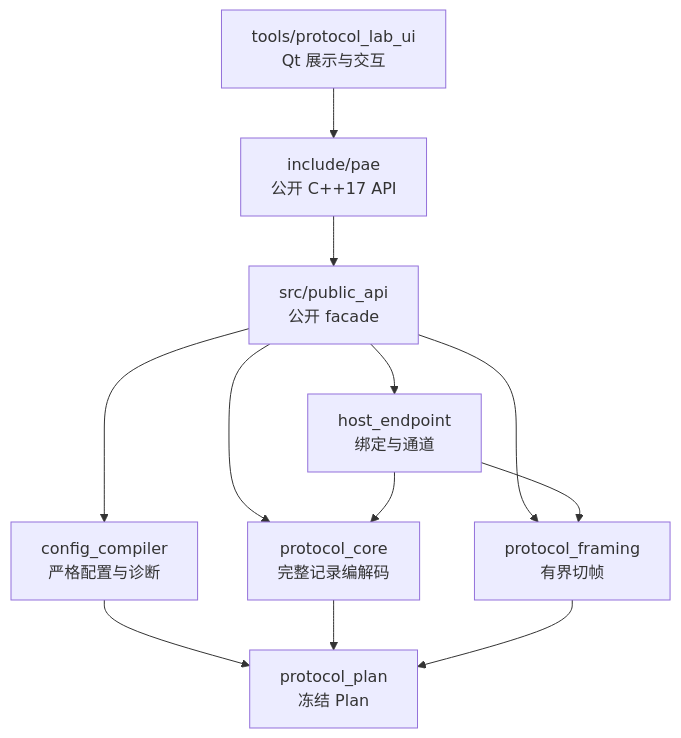
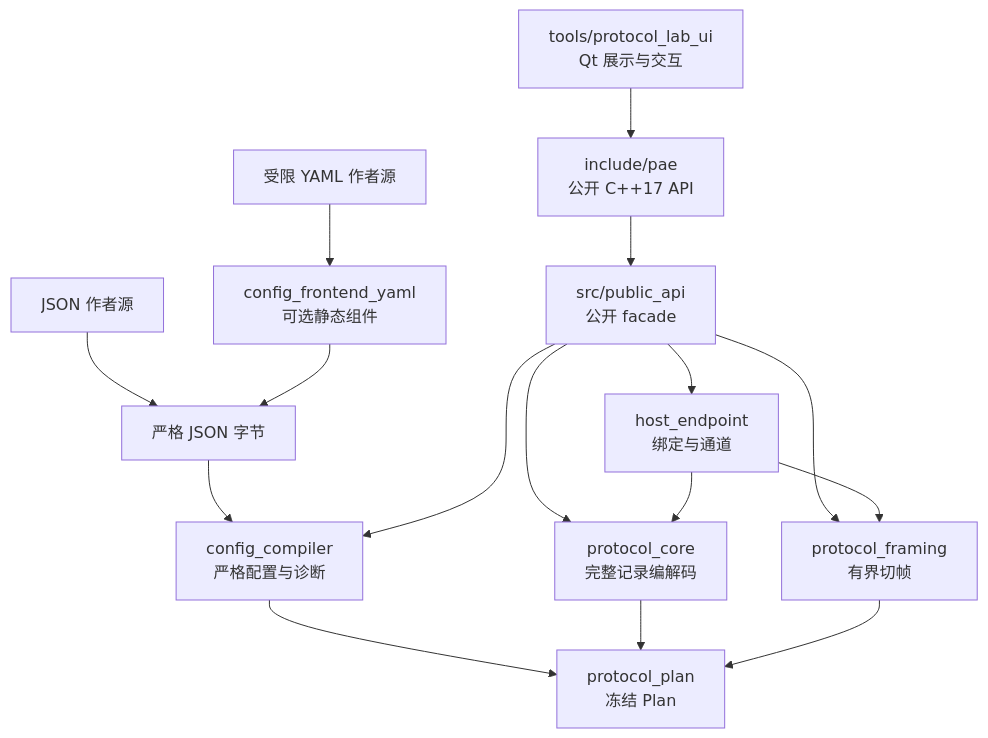
Before and after one commit to shaohaichongji/protocol_adapter_engine: the diagram in docs/guides/05-架构与代码阅读.md, drawn with Mermaid. The commit also changed other lines of this file and 13 other files, not shown here.

````diff
--- a/docs/guides/05-架构与代码阅读.md
+++ b/docs/guides/05-架构与代码阅读.md
@@ -25,14 +25,18 @@
 ```mermaid
 flowchart TD
+    Author["JSON 作者源"] --> StrictJson["严格 JSON 字节"]
+    YamlAuthor["受限 YAML 作者源"] --> YamlFrontend["config_frontend_yaml<br/>可选静态组件"]
+    YamlFrontend --> StrictJson
+    StrictJson --> Compiler
     Public["include/pae<br/>公开 C++17 API"] --> Facade["src/public_api<br/>公开 facade"]
     Facade --> Compiler["config_compiler<br/>严格配置与诊断"]
     Compiler --> Plan["protocol_plan<br/>冻结 Plan"]
     Facade --> Core["protocol_core<br/>完整记录编解码"]
     Facade --> Framing["protocol_framing<br/>有界切帧"]
     Facade --> HostImpl["host_endpoint<br/>绑定与通道"]
     Core --> Plan
     Framing --> Plan
     HostImpl --> Core
     HostImpl --> Framing
     Lab["tools/protocol_lab_ui<br/>Qt 展示与交互"] --> Public
 ```
````
